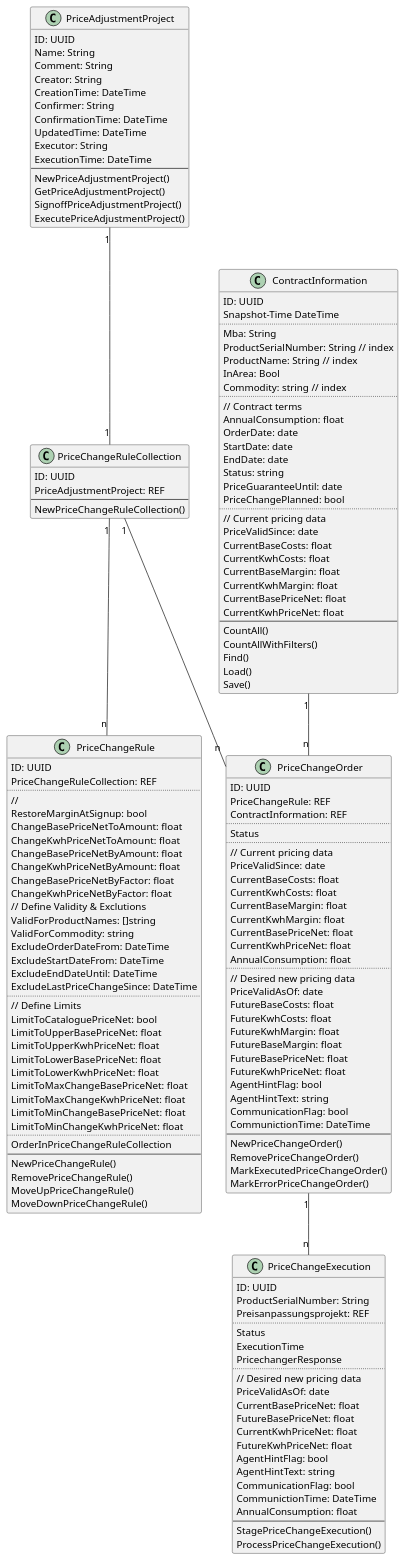
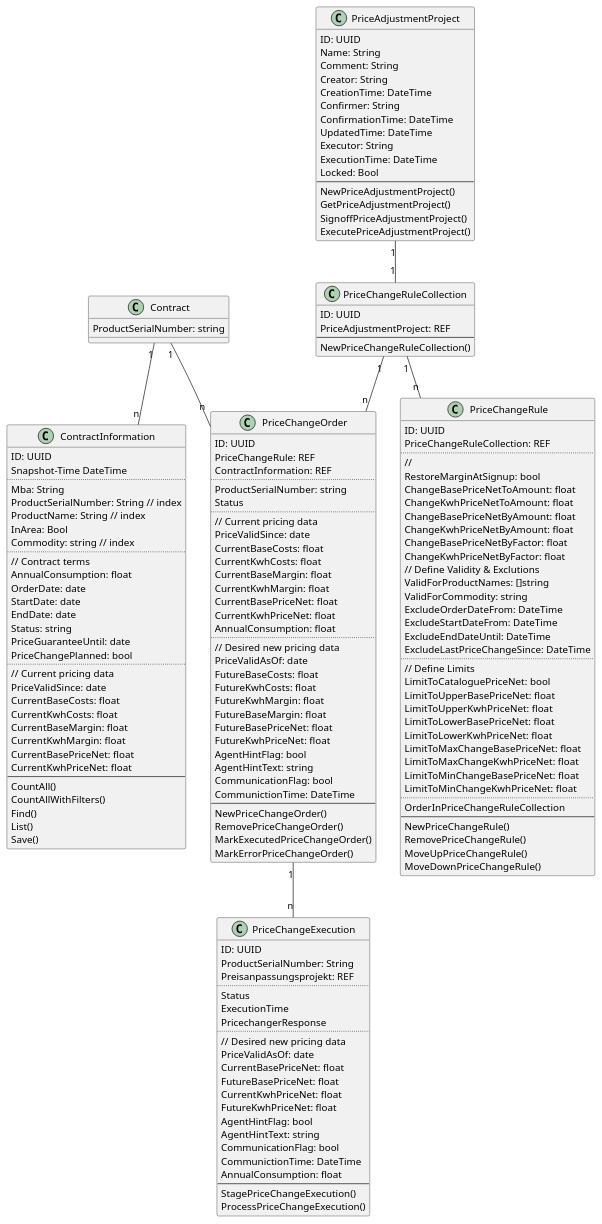
The diagram in attachments/datamodel.puml (matthiasmohr/mm-vertragspreisanpasser-service), drawn with PlantUML before and after one commit. The commit also changed 17 other files, not shown here.

Commit message:
priceChangeOrder done

```diff
--- a/attachments/datamodel.puml
+++ b/attachments/datamodel.puml
@@ -1,167 +1,175 @@
 @startuml
+
+class Contract {
+  ProductSerialNumber: string
+ }
+
 class PriceAdjustmentProject {
   ID: UUID
   Name: String
   Comment: String
   Creator: String
   CreationTime: DateTime
   Confirmer: String
   ConfirmationTime: DateTime
   UpdatedTime: DateTime
   Executor: String
   ExecutionTime: DateTime
+  Locked: Bool
   --
   NewPriceAdjustmentProject()
   GetPriceAdjustmentProject()
   SignoffPriceAdjustmentProject()
   ExecutePriceAdjustmentProject()
 }
 
 class PriceChangeRuleCollection {
     ID: UUID
     PriceAdjustmentProject: REF
     --
     NewPriceChangeRuleCollection()
 }
 
 class PriceChangeRule {
     ID: UUID
     PriceChangeRuleCollection: REF
     ..
     //
     RestoreMarginAtSignup: bool
     ChangeBasePriceNetToAmount: float
     ChangeKwhPriceNetToAmount: float
     ChangeBasePriceNetByAmount: float
     ChangeKwhPriceNetByAmount: float
     ChangeBasePriceNetByFactor: float
     ChangeKwhPriceNetByFactor: float
     // Define Validity & Exclutions
 	ValidForProductNames: []string
 	ValidForCommodity: string
 	ExcludeOrderDateFrom: DateTime
 	ExcludeStartDateFrom: DateTime
 	ExcludeEndDateUntil: DateTime
 	ExcludeLastPriceChangeSince: DateTime
 	..
 	// Define Limits
 	LimitToCataloguePriceNet: bool
 	LimitToUpperBasePriceNet: float
 	LimitToUpperKwhPriceNet: float
 	LimitToLowerBasePriceNet: float
 	LimitToLowerKwhPriceNet: float
 	LimitToMaxChangeBasePriceNet: float
 	LimitToMaxChangeKwhPriceNet: float
 	LimitToMinChangeBasePriceNet: float
     LimitToMinChangeKwhPriceNet: float
     ..
     OrderInPriceChangeRuleCollection
     --
     NewPriceChangeRule()
     RemovePriceChangeRule()
     MoveUpPriceChangeRule()
     MoveDownPriceChangeRule()
 }
 
 class ContractInformation {
     ID: UUID
     Snapshot-Time DateTime
     ..
     Mba: String
     ProductSerialNumber: String // index
     ProductName: String // index
     InArea: Bool
     Commodity: string // index
     ..
     // Contract terms
     AnnualConsumption: float
     OrderDate: date
     StartDate: date
     EndDate: date
     Status: string
     PriceGuaranteeUntil: date
     PriceChangePlanned: bool
     ..
     // Current pricing data
     PriceValidSince: date
     CurrentBaseCosts: float
     CurrentKwhCosts: float
     CurrentBaseMargin: float
     CurrentKwhMargin: float
     CurrentBasePriceNet: float
     CurrentKwhPriceNet: float
     --
     CountAll()
     CountAllWithFilters()
     Find()
-    Load()
+    List()
     Save()
 }
 
 class PriceChangeOrder {
     ID: UUID
     PriceChangeRule: REF
     ContractInformation: REF
     ..
+    ProductSerialNumber: string
     Status
     ..
     // Current pricing data
     PriceValidSince: date
     CurrentBaseCosts: float
     CurrentKwhCosts: float
     CurrentBaseMargin: float
     CurrentKwhMargin: float
     CurrentBasePriceNet: float
     CurrentKwhPriceNet: float
     AnnualConsumption: float
     ..
     // Desired new pricing data
     PriceValidAsOf: date
     FutureBaseCosts: float
     FutureKwhCosts: float
     FutureKwhMargin: float
     FutureBaseMargin: float
     FutureBasePriceNet: float
     FutureKwhPriceNet: float
     AgentHintFlag: bool
     AgentHintText: string
     CommunicationFlag: bool
     CommunictionTime: DateTime
     --
     NewPriceChangeOrder()
     RemovePriceChangeOrder()
     MarkExecutedPriceChangeOrder()
     MarkErrorPriceChangeOrder()
 }
 
 class PriceChangeExecution {
     ID: UUID
     ProductSerialNumber: String
     Preisanpassungsprojekt: REF
     ..
     Status
     ExecutionTime
     PricechangerResponse
     ..
     // Desired new pricing data
     PriceValidAsOf: date
     CurrentBasePriceNet: float
     FutureBasePriceNet: float
     CurrentKwhPriceNet: float
     FutureKwhPriceNet: float
     AgentHintFlag: bool
     AgentHintText: string
     CommunicationFlag: bool
     CommunictionTime: DateTime
     AnnualConsumption: float
     --
     StagePriceChangeExecution()
     ProcessPriceChangeExecution()
 }
 
 PriceAdjustmentProject "1" -- "1" PriceChangeRuleCollection
 PriceChangeRuleCollection "1" -- "n" PriceChangeRule
 PriceChangeRuleCollection "1" -- "n" PriceChangeOrder
-ContractInformation "1" -- "n" PriceChangeOrder
+Contract "1" -- "n" ContractInformation
+Contract "1" -- "n" PriceChangeOrder
 PriceChangeOrder "1" -- "n" PriceChangeExecution
 @enduml
```
